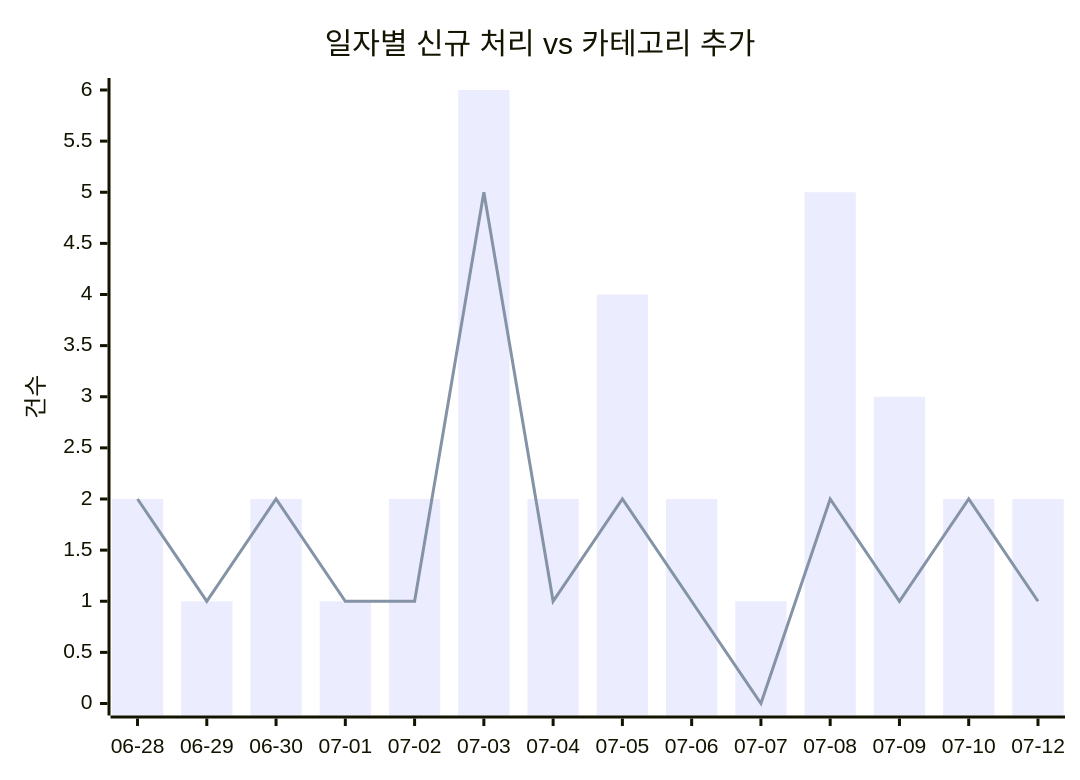
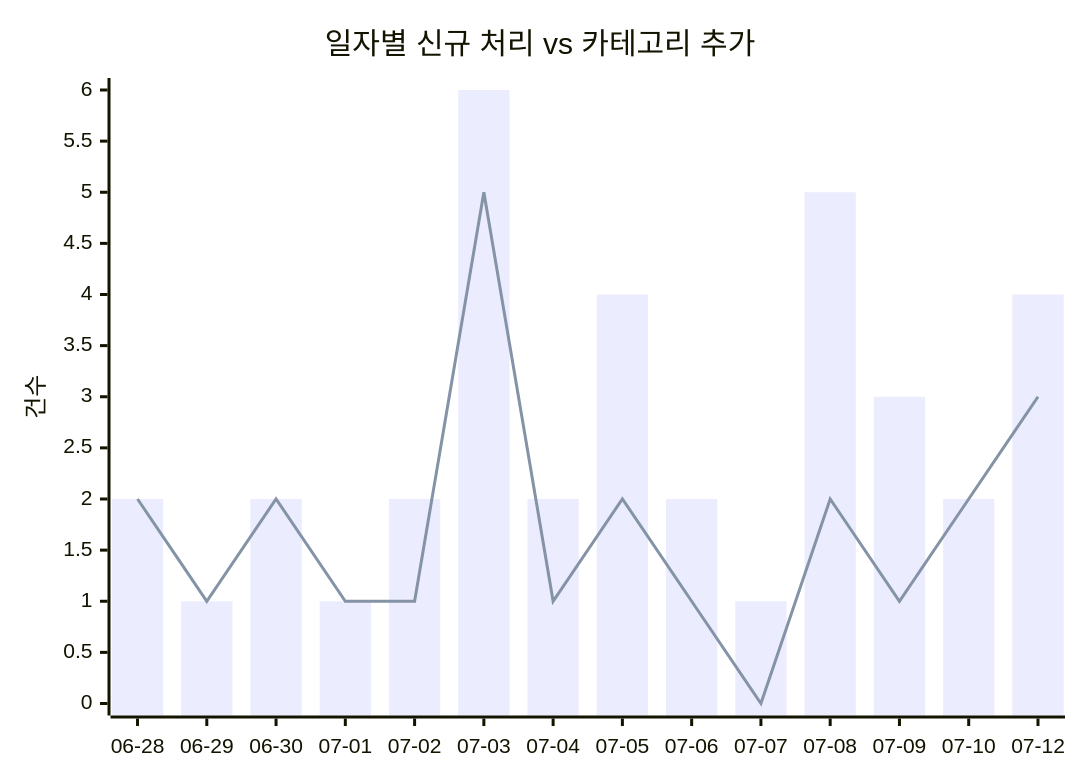
Before and after one commit to J-nowcow/awesome-korean-agent-skills: the first of 2 diagrams in docs/trends.md, drawn with Mermaid. The commit also changed other lines of this file and 5 other files, not shown here.

````diff
--- a/docs/trends.md
+++ b/docs/trends.md
@@ -32,8 +32,8 @@
 ```mermaid
 xychart-beta
     title "일자별 신규 처리 vs 카테고리 추가"
     x-axis ["06-28","06-29","06-30","07-01","07-02","07-03","07-04","07-05","07-06","07-07","07-08","07-09","07-10","07-12"]
     y-axis "건수"
-    bar [2,1,2,1,2,6,2,4,2,1,5,3,2,2]
-    line [2,1,2,1,1,5,1,2,1,0,2,1,2,1]
+    bar [2,1,2,1,2,6,2,4,2,1,5,3,2,4]
+    line [2,1,2,1,1,5,1,2,1,0,2,1,2,3]
 ```
````
